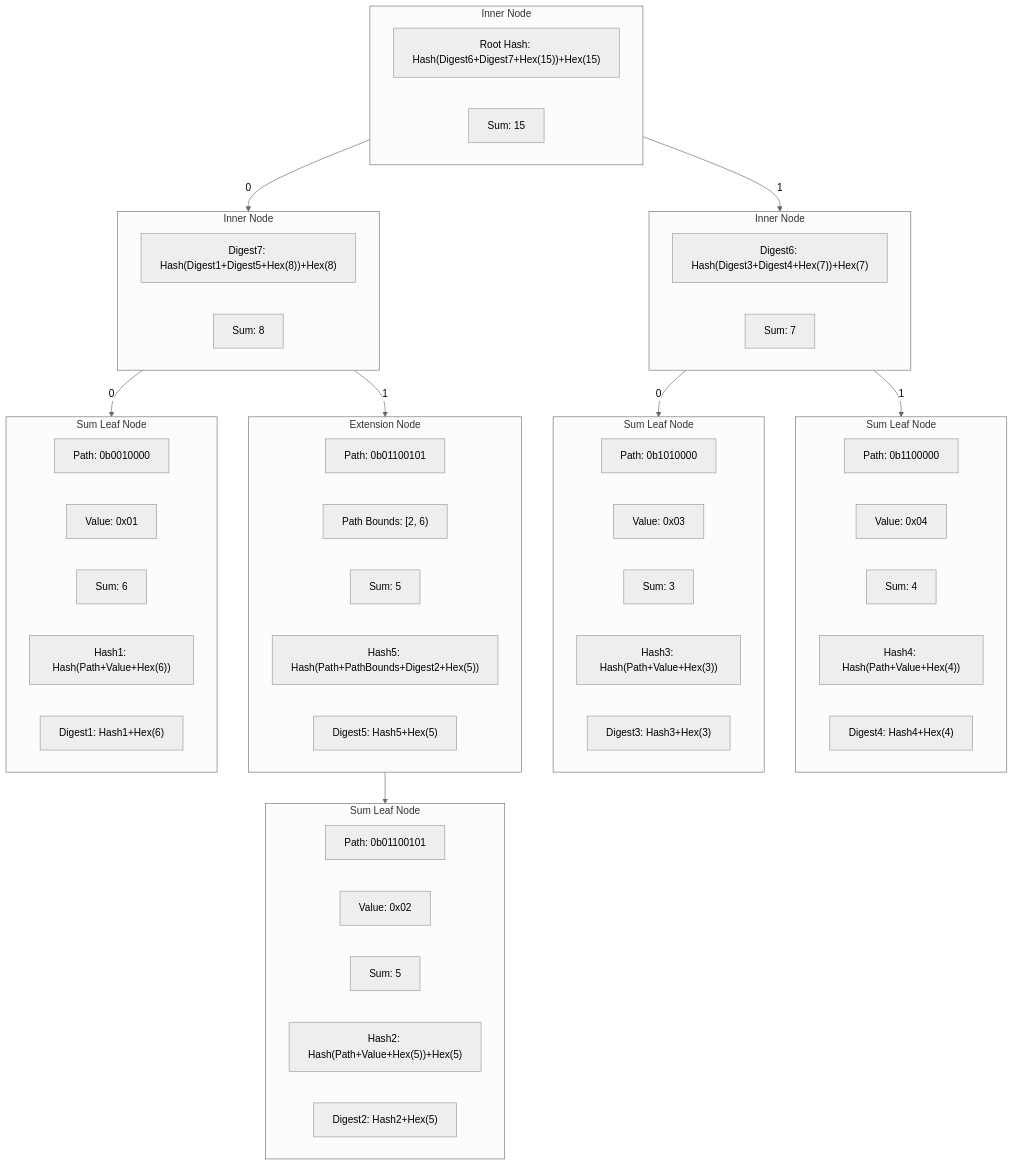
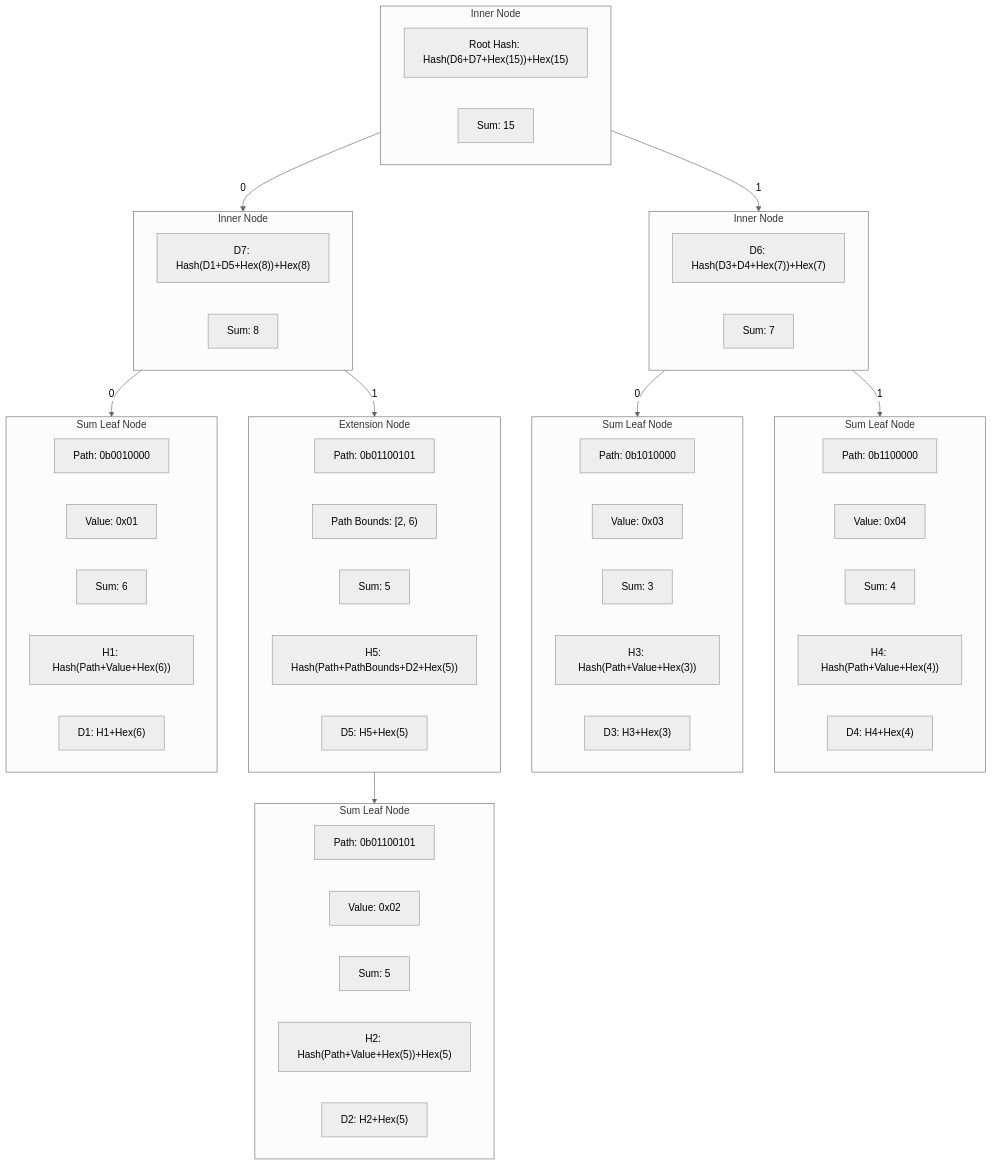
Before and after one commit to pokt-network/smt: the second of 2 diagrams in MerkleSumTree.md, drawn with Mermaid (neutral theme).

````diff
--- a/MerkleSumTree.md
+++ b/MerkleSumTree.md
@@ -112,57 +112,57 @@
 ```mermaid
 graph TB
 	subgraph RI[Inner Node]
-		RIA["Root Hash: Hash(Digest6+Digest7+Hex(15))+Hex(15)"]
+		RIA["Root Hash: Hash(D6+D7+Hex(15))+Hex(15)"]
         RIB[Sum: 15]
 	end
 	subgraph I1[Inner Node]
-		I1A["Digest7: Hash(Digest1+Digest5+Hex(8))+Hex(8)"]
+		I1A["D7: Hash(D1+D5+Hex(8))+Hex(8)"]
         I1B[Sum: 8]
 	end
 	subgraph I2[Inner Node]
-		I2A["Digest6: Hash(Digest3+Digest4+Hex(7))+Hex(7)"]
+		I2A["D6: Hash(D3+D4+Hex(7))+Hex(7)"]
         I2B[Sum: 7]
 	end
 	subgraph L1[Sum Leaf Node]
 		L1A[Path: 0b0010000]
 		L1B[Value: 0x01]
         L1C[Sum: 6]
-        L1D["Hash1: Hash(Path+Value+Hex(6))"]
-        L1E["Digest1: Hash1+Hex(6)"]
+        L1D["H1: Hash(Path+Value+Hex(6))"]
+        L1E["D1: H1+Hex(6)"]
 	end
 	subgraph L3[Sum Leaf Node]
 		L3A[Path: 0b1010000]
 		L3B[Value: 0x03]
         L3C[Sum: 3]
-        L3D["Hash3: Hash(Path+Value+Hex(3))"]
-        L3E["Digest3: Hash3+Hex(3)"]
+        L3D["H3: Hash(Path+Value+Hex(3))"]
+        L3E["D3: H3+Hex(3)"]
 	end
 	subgraph L4[Sum Leaf Node]
 		L4A[Path: 0b1100000]
 		L4B[Value: 0x04]
         L4C[Sum: 4]
-        L4D["Hash4: Hash(Path+Value+Hex(4))"]
-        L4E["Digest4: Hash4+Hex(4)"]
+        L4D["H4: Hash(Path+Value+Hex(4))"]
+        L4E["D4: H4+Hex(4)"]
 	end
 	subgraph E1[Extension Node]
 		E1A[Path: 0b01100101]
 		E1B["Path Bounds: [2, 6)"]
         E1C[Sum: 5]
-        E1D["Hash5: Hash(Path+PathBounds+Digest2+Hex(5))"]
-        E1E["Digest5: Hash5+Hex(5)"]
+        E1D["H5: Hash(Path+PathBounds+D2+Hex(5))"]
+        E1E["D5: H5+Hex(5)"]
 	end
 	subgraph L2[Sum Leaf Node]
 		L2A[Path: 0b01100101]
 		L2B[Value: 0x02]
         L2C[Sum: 5]
-        L2D["Hash2: Hash(Path+Value+Hex(5))+Hex(5)"]
-        L2E["Digest2: Hash2+Hex(5)"]
+        L2D["H2: Hash(Path+Value+Hex(5))+Hex(5)"]
+        L2E["D2: H2+Hex(5)"]
 	end
 	RI -->|0| I1
 	RI -->|1| I2
 	I1 -->|0| L1
 	I1 -->|1| E1
 	E1 --> L2
 	I2 -->|0| L3
 	I2 -->|1| L4
 ```
````
